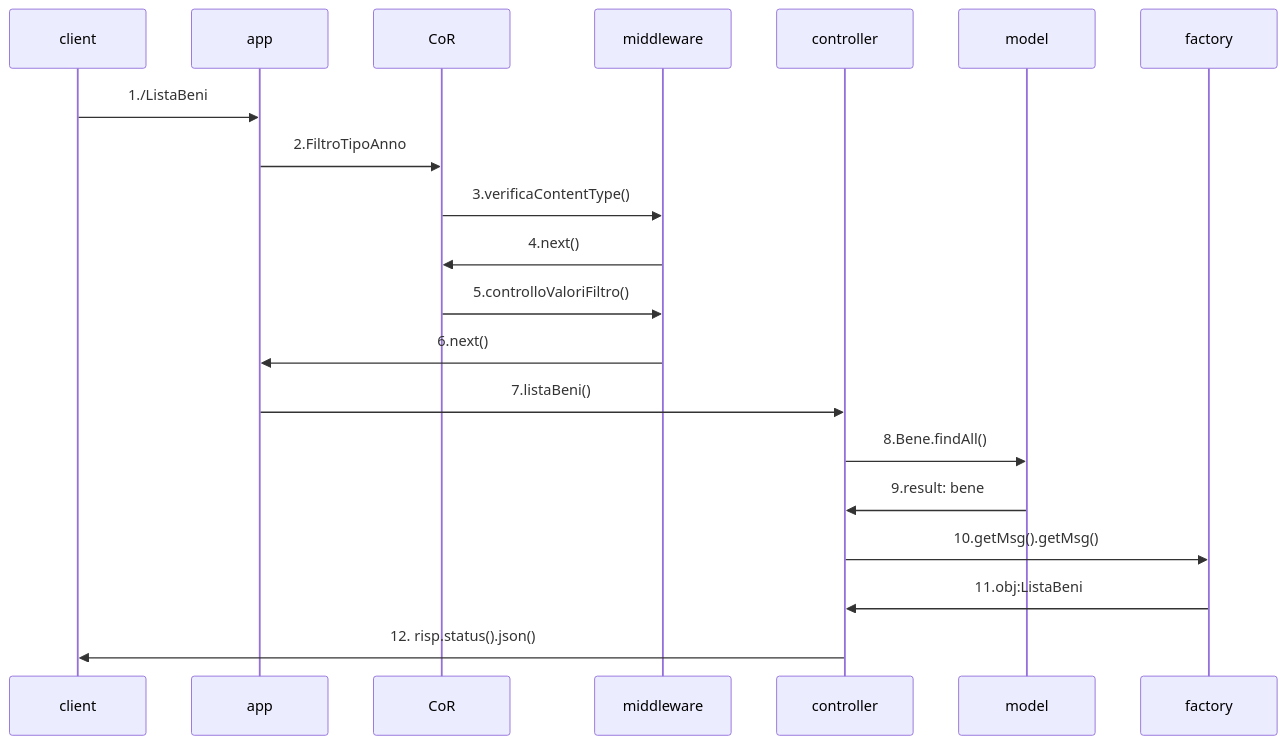
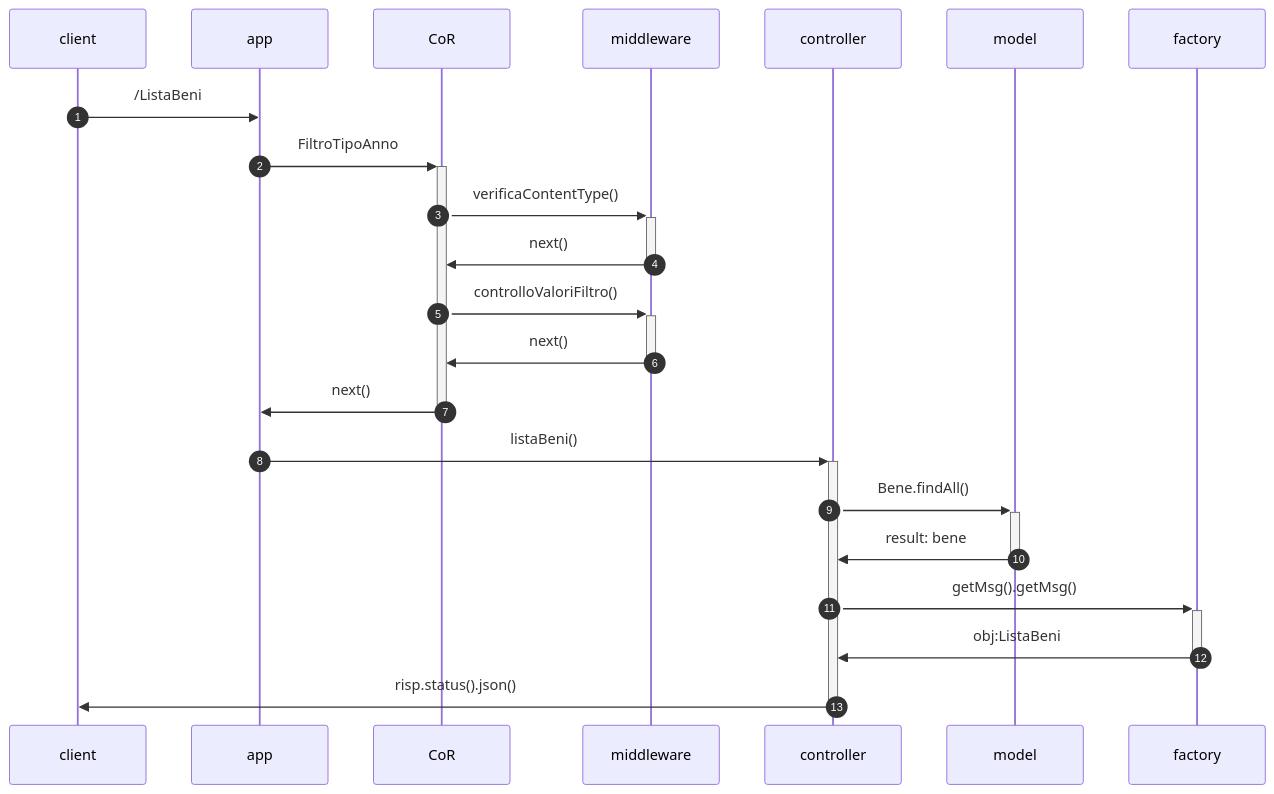
Before and after one commit to MargheritaGaleazzi/AcquistoBeniStorici-Progetto-PA: the first of 2 diagrams in README.md, drawn with Mermaid.

````diff
--- a/README.md
+++ b/README.md
@@ -164,15 +164,17 @@
 ```mermaid
 sequenceDiagram
-client ->> app: 1./ListaBeni
-app ->> CoR: 2.FiltroTipoAnno
-CoR ->> middleware: 3.verificaContentType()
-middleware ->> CoR:  4.next()
-CoR ->> middleware: 5.controlloValoriFiltro()
-middleware ->> app:  6.next()
-app ->> controller: 7.listaBeni()
-controller ->> model : 8.Bene.findAll()
-model ->> controller : 9.result: bene
-controller ->> factory : 10.getMsg().getMsg()
-factory ->> controller: 11.obj:ListaBeni
-controller ->> client: 12. risp.status().json()
+autonumber
+client ->> app: /ListaBeni
+app ->>+ CoR: FiltroTipoAnno
+CoR ->>+ middleware: verificaContentType()
+middleware ->>- CoR:  next()
+CoR ->>+ middleware: controlloValoriFiltro()
+middleware ->>- CoR:  next()
+CoR ->>- app : next()
+app ->>+ controller: listaBeni()
+controller ->>+ model : Bene.findAll()
+model ->>- controller : result: bene
+controller ->>+ factory : getMsg().getMsg()
+factory ->>- controller: obj:ListaBeni
+controller ->>- client:  risp.status().json()
 ```
````
